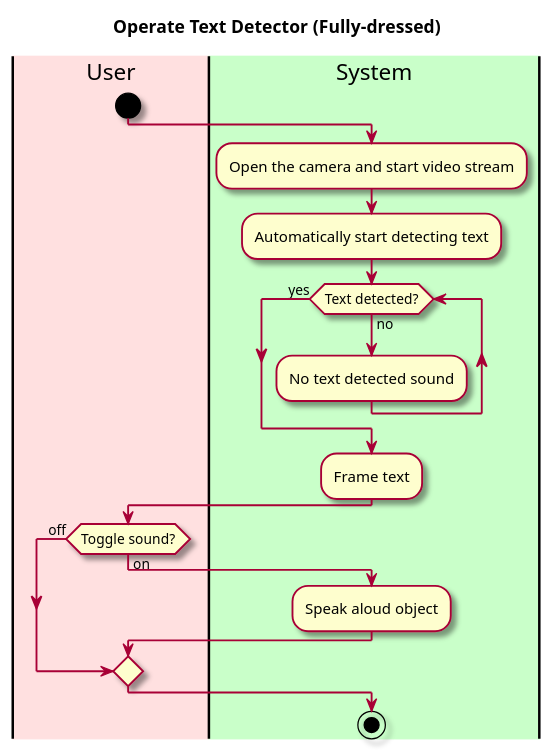
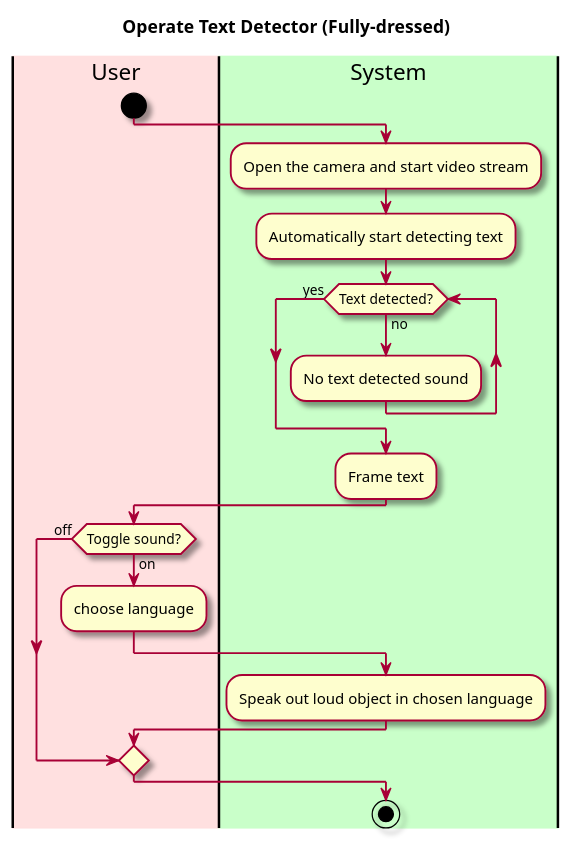
Before and after one commit to tonyh1306/OBRE-Vision-through-a-screen: the diagram in intellij/doc/use-cases/recognize-text.md, drawn with PlantUML. The commit also changed other lines of this file and 17 other files, not shown here.

````diff
--- a/intellij/doc/use-cases/recognize-text.md
+++ b/intellij/doc/use-cases/recognize-text.md
@@ -30,30 +31,32 @@
 ```plantuml
 @startuml
 
 skin rose
 
 title Operate Text Detector (Fully-dressed)
 
 'define the lanes
 |#implementation|User|
 |#technology|System|
 
 |User|
 start
 
 |System|
 :Open the camera and start video stream;
 :Automatically start detecting text;
 while (Text detected?) is (no)
 :No text detected sound;
 endwhile(yes)
 :Frame text;
 |User|
 if (Toggle sound?) is (on) then
+|User|
+:choose language;
 |System|
-:Speak aloud object;
+:Speak out loud object in chosen language;
 else (off)
 endif
 stop
 @enduml
 ```
````
